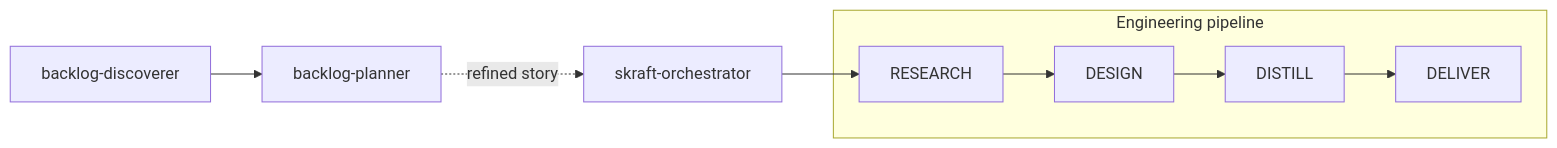
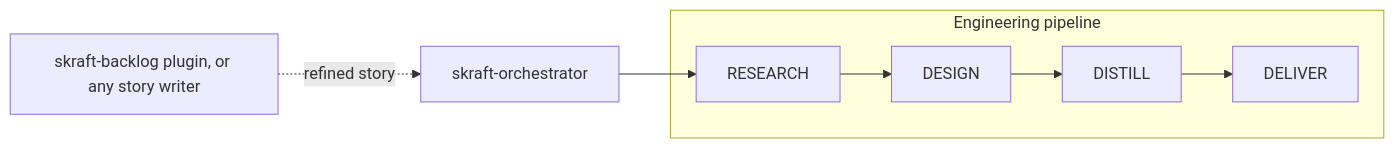
The diagram in plugins/skraft-framework/README.md (SebastienDegodez/skraft-plugin), drawn with Mermaid before and after one commit. The commit also changed other lines of this file and 354 other files, not shown here.

Commit message:
feat: two self-contained plugins — self-contained skills in skraft, the backlog in skraft-backlog (#204)

````diff
--- a/plugins/skraft-framework/README.md
+++ b/plugins/skraft-framework/README.md
@@ -39,9 +39,8 @@
 ```mermaid
 flowchart LR
-    D[backlog-discoverer] --> P[backlog-planner]
-    P -. refined story .-> O[skraft-orchestrator]
+    P[skraft-backlog plugin, or any story writer] -. refined story .-> O[skraft-orchestrator]
     subgraph Engineering pipeline
         R[RESEARCH] --> A[DESIGN] --> T[DISTILL] --> I[DELIVER]
     end
     O --> R
 ```
````
